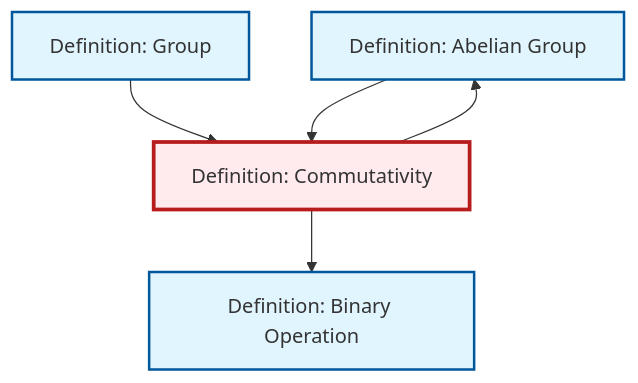
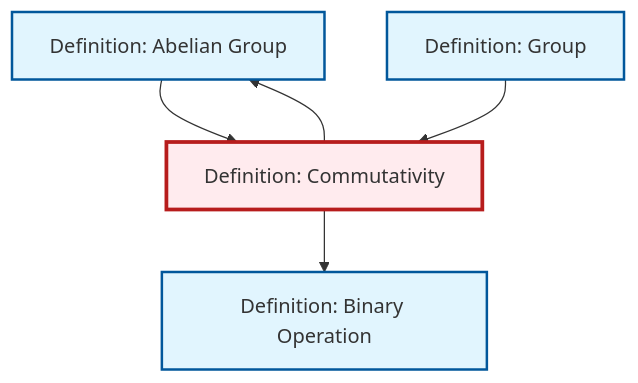
One commit to RK0429/ModernMath changed the diagram in content/ja/algebra/def-commutativity.qmd. Above: the diagram before and after it, drawn with Mermaid. The commit also changed other lines of this file and 497 other files, not shown here.

````diff
--- a/content/ja/algebra/def-commutativity.qmd
+++ b/content/ja/algebra/def-commutativity.qmd
@@ -102,21 +102,21 @@
 ```{mermaid}
 %%| fig-cap: "Local dependency graph"
 graph TD
     classDef definition fill:#e1f5fe,stroke:#01579b,stroke-width:2px
     classDef theorem fill:#f3e5f5,stroke:#4a148c,stroke-width:2px
     classDef axiom fill:#fff3e0,stroke:#e65100,stroke-width:2px
     classDef example fill:#e8f5e9,stroke:#1b5e20,stroke-width:2px
     classDef current fill:#ffebee,stroke:#b71c1c,stroke-width:3px
+    def-binary-operation["Definition: Binary Operation"]:::definition
     def-abelian-group["Definition: Abelian Group"]:::definition
+    def-group["Definition: Group"]:::definition
     def-commutativity["Definition: Commutativity"]:::definition
-    def-binary-operation["Definition: Binary Operation"]:::definition
-    def-group["Definition: Group"]:::definition
+    def-abelian-group --> def-commutativity
+    def-commutativity --> def-abelian-group
+    def-group --> def-commutativity
     def-commutativity --> def-binary-operation
-    def-group --> def-commutativity
-    def-commutativity --> def-abelian-group
-    def-abelian-group --> def-commutativity
     class def-commutativity current
+    click def-binary-operation "def-binary-operation.html" "Definition: Binary Operationへ"
     click def-abelian-group "def-abelian-group.html" "Definition: Abelian Groupへ"
-    click def-binary-operation "def-binary-operation.html" "Definition: Binary Operationへ"
     click def-group "def-group.html" "Definition: Groupへ"
 ```
````
